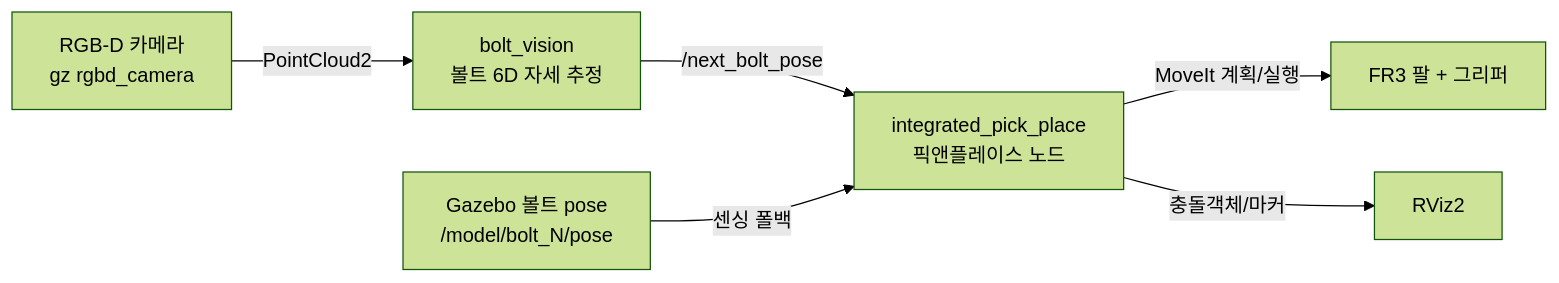
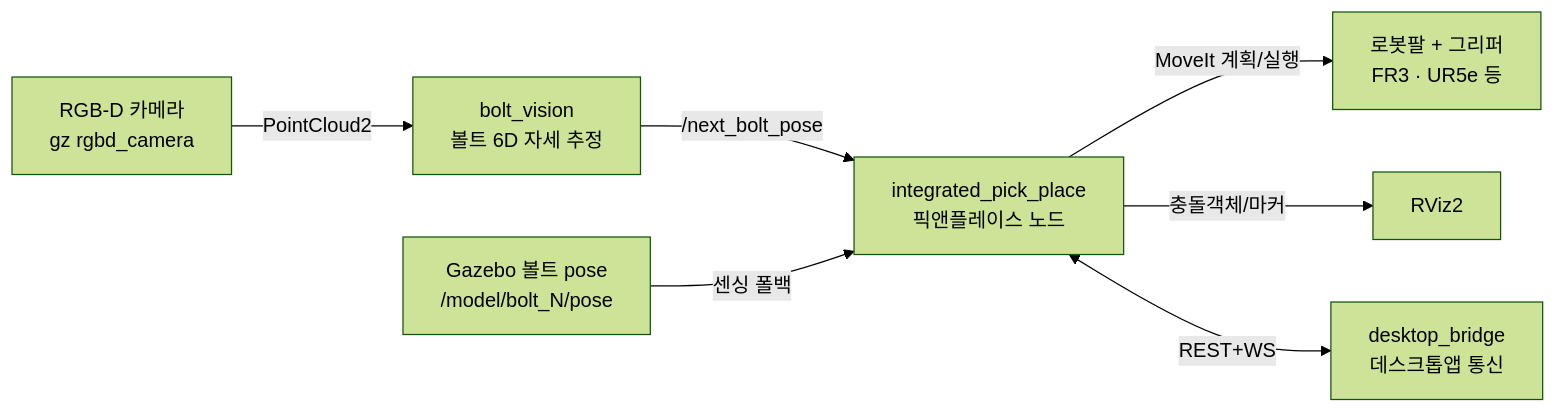
The diagram in README.md (glory-legend/robot_arm), drawn with Mermaid (forest theme) before and after one commit. The commit also changed other lines of this file, not shown here.

First line of the commit message:
docs: README 최신화 — 다중 로봇 지원·UR5e·desktop_sdk·모듈 지도 갱신

````diff
--- a/README.md
+++ b/README.md
@@ -14,8 +16,9 @@
 ```mermaid
 flowchart LR
     CAM[RGB-D 카메라<br/>gz rgbd_camera] -->|PointCloud2| VIS[bolt_vision<br/>볼트 6D 자세 추정]
     VIS -->|/next_bolt_pose| NODE[integrated_pick_place<br/>픽앤플레이스 노드]
     POSE[Gazebo 볼트 pose<br/>/model/bolt_N/pose] -->|센싱 폴백| NODE
-    NODE -->|MoveIt 계획/실행| ARM[FR3 팔 + 그리퍼]
+    NODE -->|MoveIt 계획/실행| ARM[로봇팔 + 그리퍼<br/>FR3 · UR5e 등]
     NODE -->|충돌객체/마커| RVIZ[RViz2]
+    NODE <-->|REST+WS| DESK[desktop_bridge<br/>데스크톱앱 통신]
 ```
````
